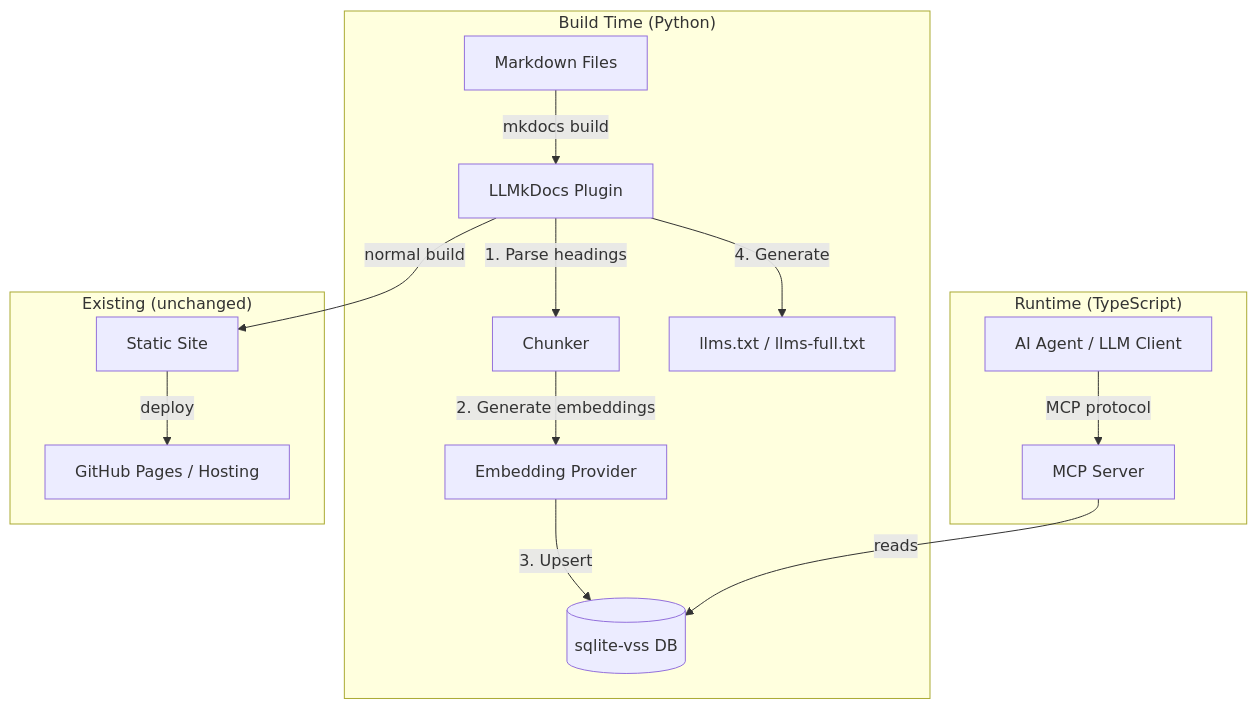
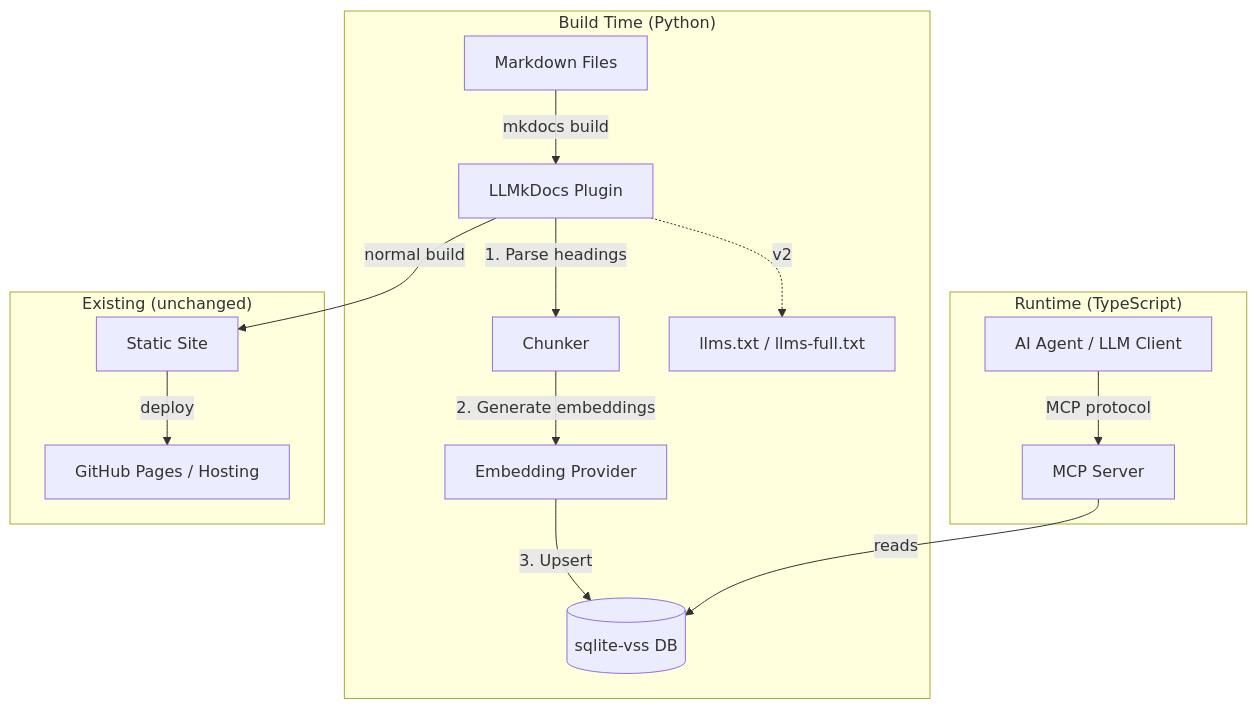
The first of 3 diagrams in docs/projects/llmkdocs/design.md (danhannah94/csdlc-docs), drawn with Mermaid before and after one commit. The commit also changed other lines of this file, not shown here.

Commit message:
refine: defer llms.txt to v2, add staleness detection, MCP write tools decision

````diff
--- a/docs/projects/llmkdocs/design.md
+++ b/docs/projects/llmkdocs/design.md
@@ -119,20 +119,20 @@
 ```mermaid
 graph TB
     subgraph "Build Time (Python)"
         A[Markdown Files] -->|mkdocs build| B[LLMkDocs Plugin]
         B -->|1. Parse headings| C[Chunker]
         C -->|2. Generate embeddings| D[Embedding Provider]
         D -->|3. Upsert| E[(sqlite-vss DB)]
-        B -->|4. Generate| F[llms.txt / llms-full.txt]
+        B -.->|v2| F[llms.txt / llms-full.txt]
     end
 
     subgraph "Runtime (TypeScript)"
         G[MCP Server] -->|reads| E
         H[AI Agent / LLM Client] -->|MCP protocol| G
     end
 
     subgraph "Existing (unchanged)"
         B -->|normal build| I[Static Site]
         I -->|deploy| J[GitHub Pages / Hosting]
     end
 ```
````
